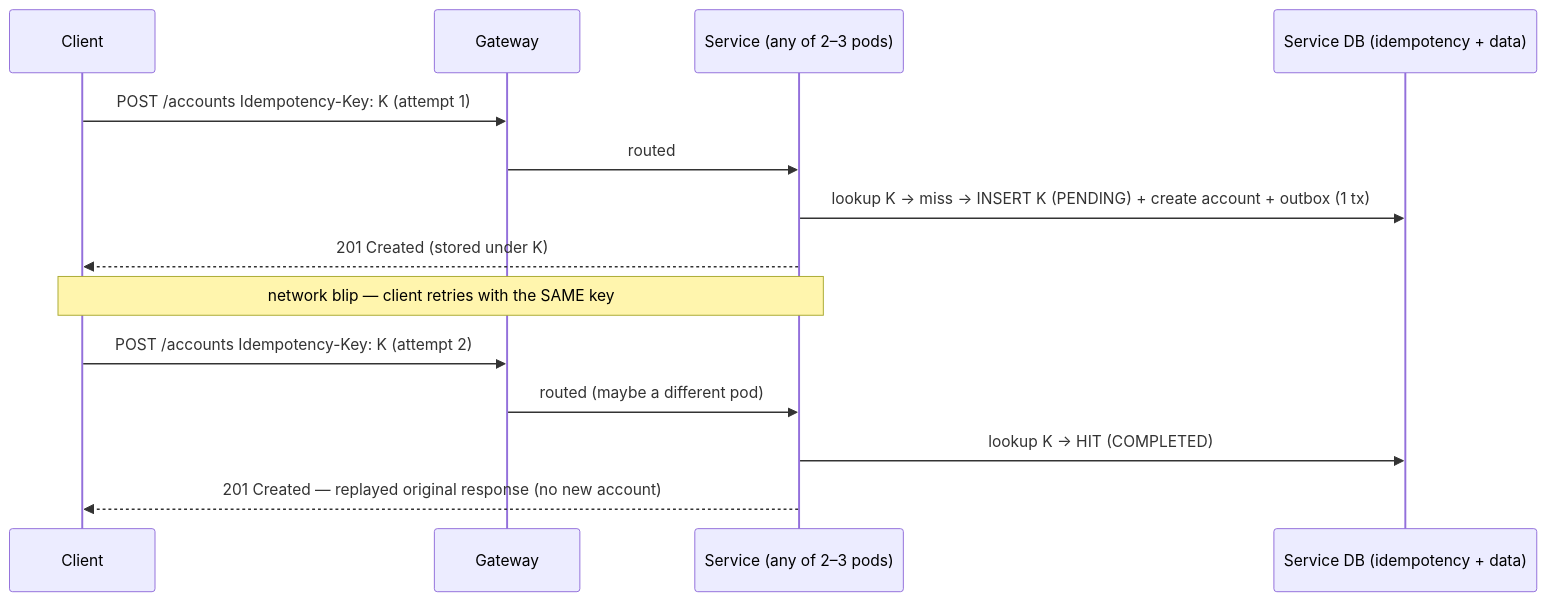
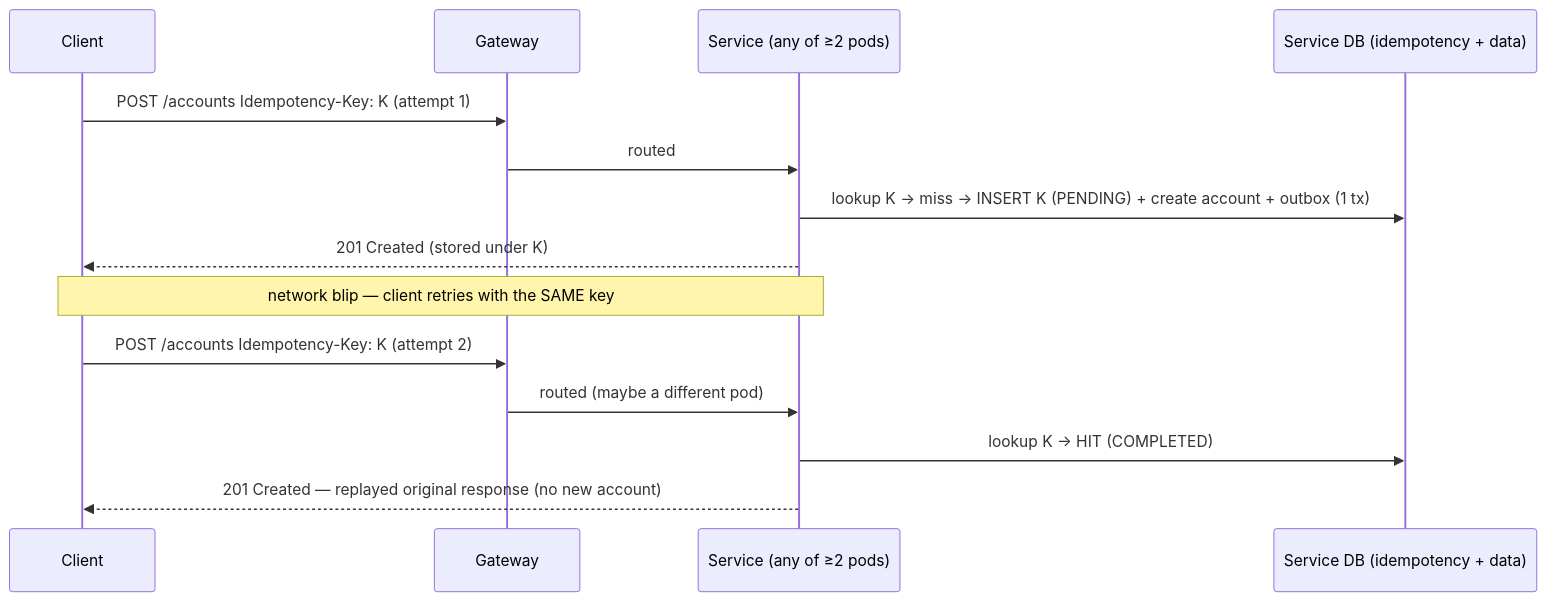
The first of 2 diagrams in phase-0/04-api-design.md (getdue-dev/getdue-docs), drawn with Mermaid before and after one commit. The commit also changed other lines of this file and 17 other files, not shown here.

````diff
--- a/phase-0/04-api-design.md
+++ b/phase-0/04-api-design.md
@@ -387,18 +445,18 @@
 ```mermaid
 sequenceDiagram
     participant C as Client
     participant GW as Gateway
-    participant S as Service (any of 2–3 pods)
+    participant S as Service (any of ≥2 pods)
     participant DB as Service DB (idempotency + data)
 
     C->>GW: POST /accounts  Idempotency-Key: K  (attempt 1)
     GW->>S: routed
     S->>DB: lookup K → miss → INSERT K (PENDING) + create account + outbox (1 tx)
     S-->>C: 201 Created (stored under K)
 
     Note over C,S: network blip — client retries with the SAME key
     C->>GW: POST /accounts  Idempotency-Key: K  (attempt 2)
     GW->>S: routed (maybe a different pod)
     S->>DB: lookup K → HIT (COMPLETED)
     S-->>C: 201 Created — replayed original response (no new account)
 ```
````
